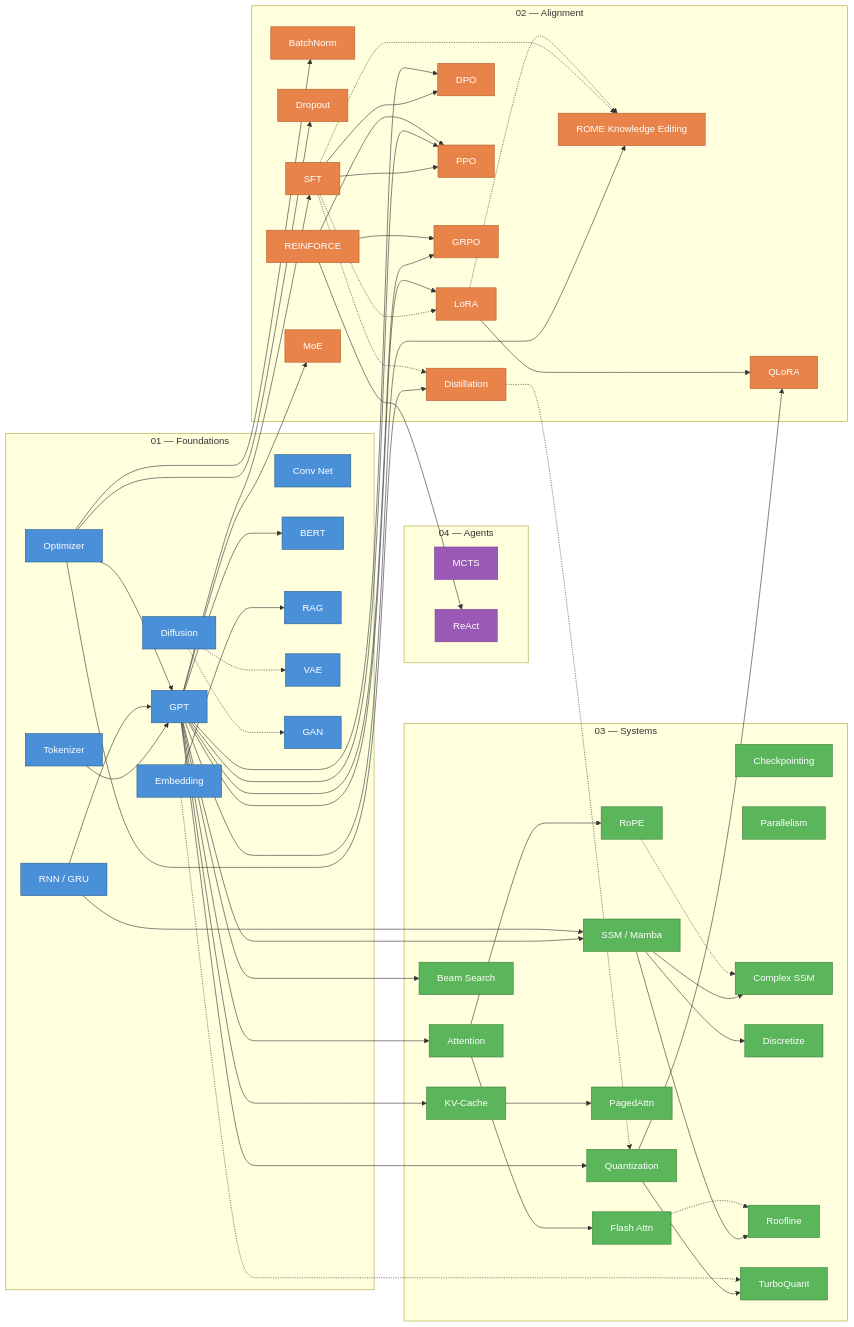
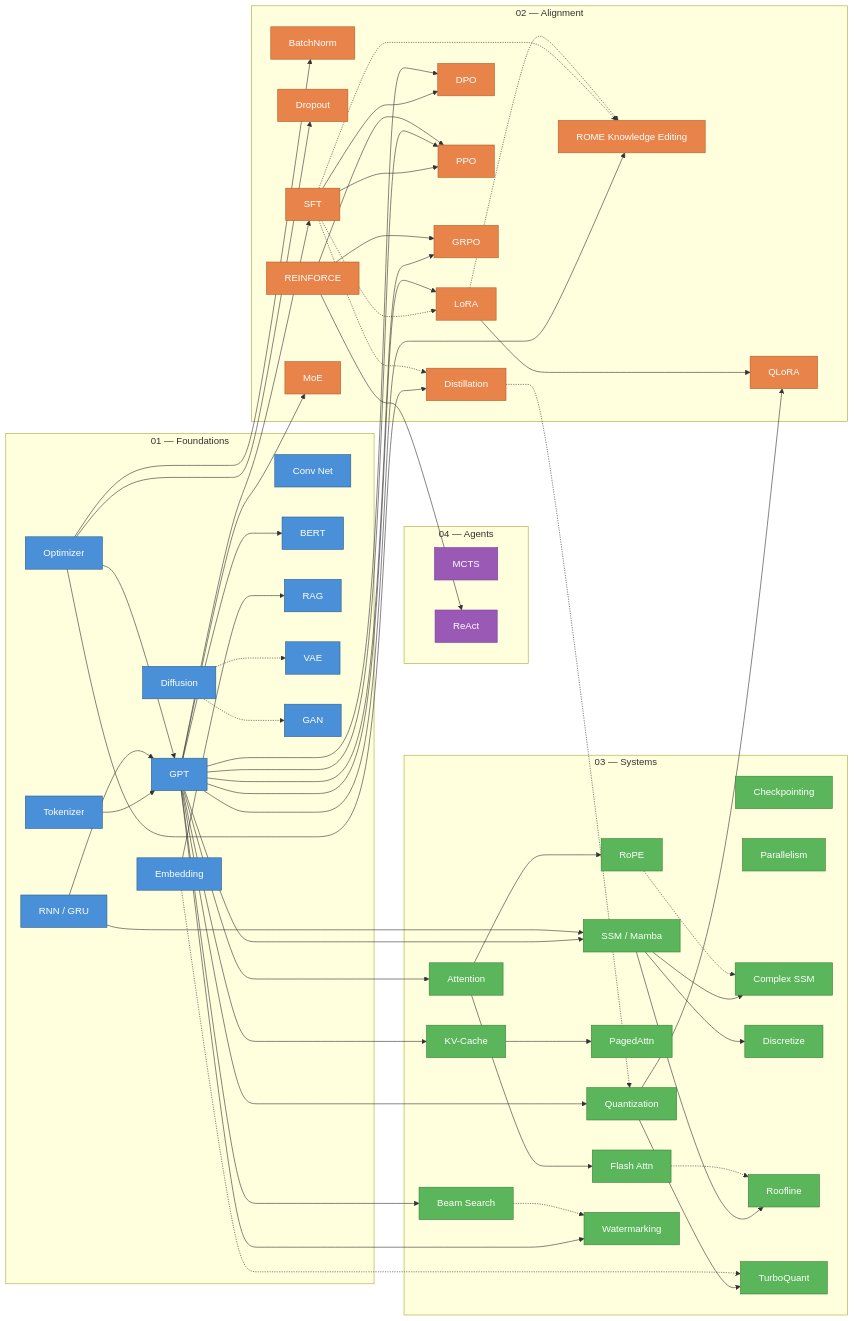
One commit to no-magic-ai/no-magic changed the diagram in README.md. Above: the diagram before and after it, drawn with Mermaid. The commit also changed other lines of this file and 10 other files, not shown here.

````diff
--- a/README.md
+++ b/README.md
@@ -469,6 +471,7 @@
     DISC["Discretize"]
     ROOF["Roofline"]
     TURBO["TurboQuant"]
+    WM["Watermarking"]
   end
 
   %% --- Foundation internals ---
@@ -527,12 +530,16 @@
   QUANT --> TURBO
   EMB -.-> TURBO
 
+  %% --- Decoding-time watermarking ---
+  GPT --> WM
+  BEAM -.-> WM
+
   %% --- Foundations / Alignment → Agents ---
   REINF --> REACT
 
   %% --- Apply styles ---
   class TOK,EMB,OPT,RNN,CONV,GPT,BERT,RAG,DIFF,VAE,GAN foundations
   class BN,DROP,SFT,LORA,QLORA,DPO,REINF,PPO,GRPO,MOE,KD,ROME alignment
-  class ATTN,FLASH,ROPE,KV,PAGED,QUANT,BEAM,CKPT,PAR,SSM,CSSM,DISC,ROOF,TURBO systems
+  class ATTN,FLASH,ROPE,KV,PAGED,QUANT,BEAM,CKPT,PAR,SSM,CSSM,DISC,ROOF,TURBO,WM systems
   class MCTS,REACT agents
 ```
````
